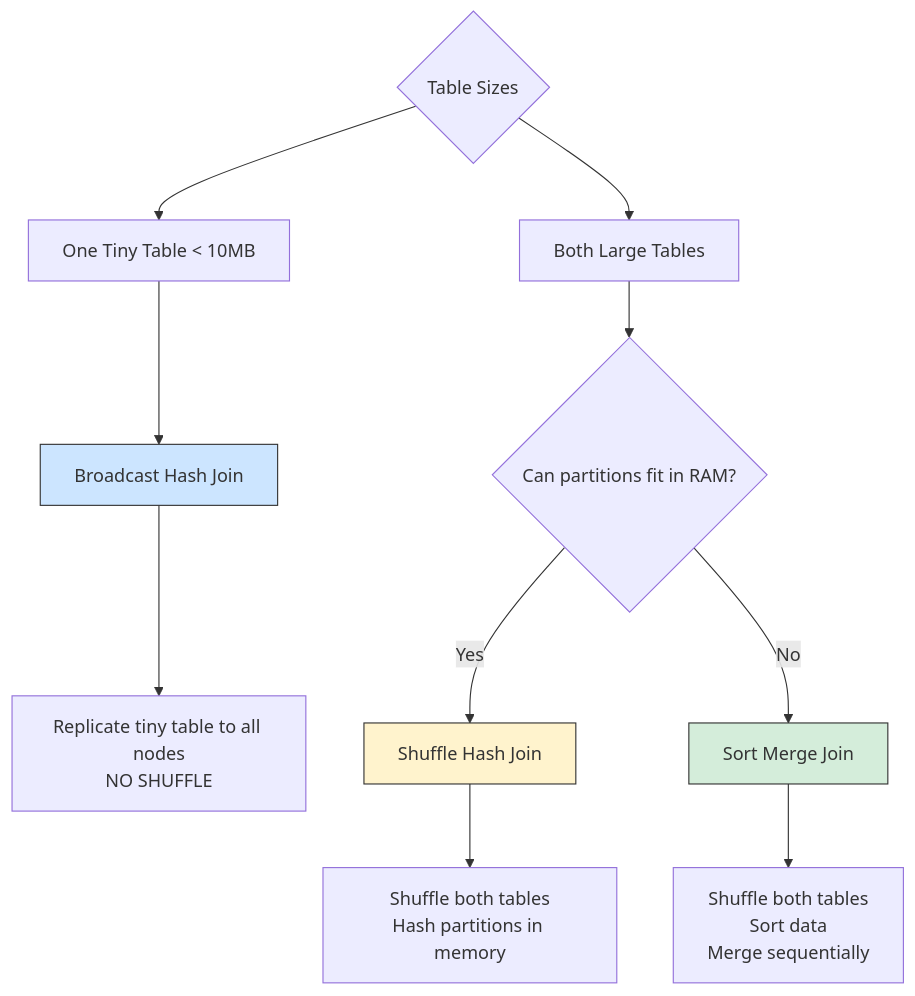
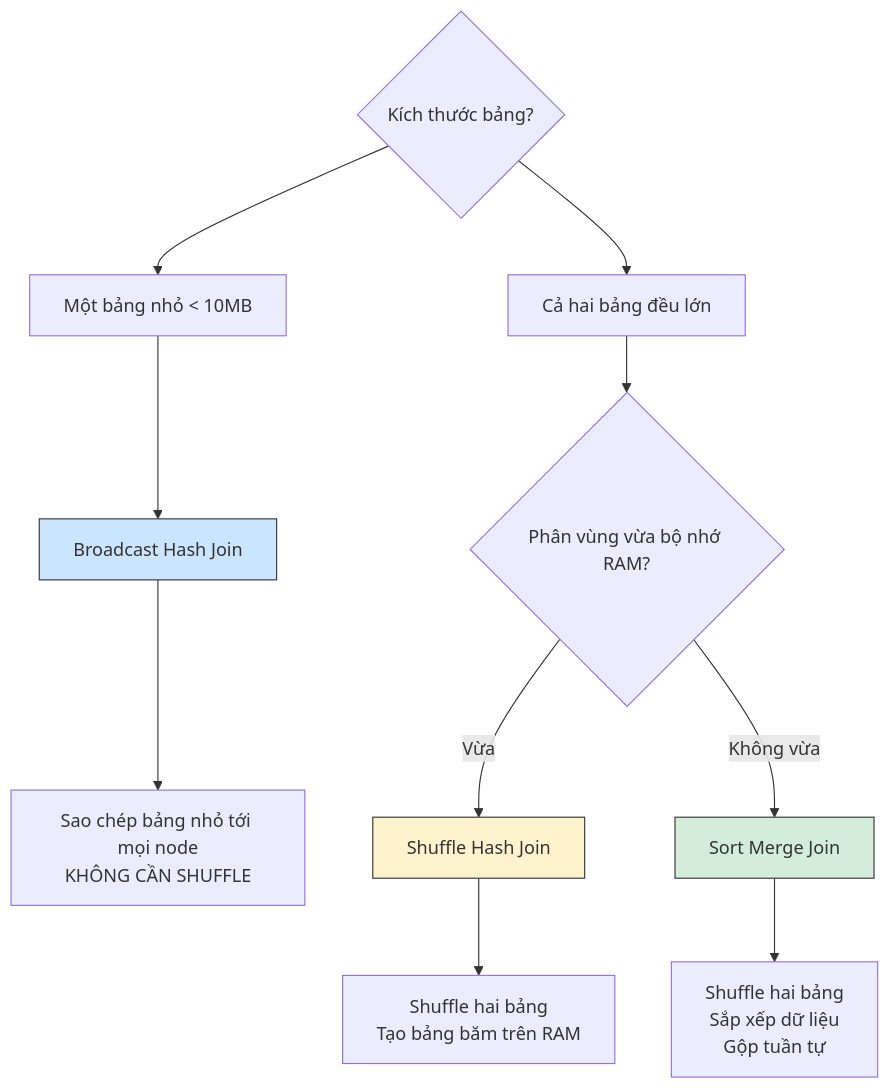
The diagram in src/content/docs/concepts/spark-joins.md (kythuatdulieu/kythuatdulieu.github.io), drawn with Mermaid before and after one commit. The commit also changed other lines of this file and 179 other files, not shown here.

Commit message:
fix: build error and mermaid theme

````diff
--- a/src/content/docs/concepts/spark-joins.md
+++ b/src/content/docs/concepts/spark-joins.md
@@ -32,19 +24,19 @@
 ```mermaid
 graph TD
-    A{Table Sizes} --> B[One Tiny Table < 10MB]
-    A --> C[Both Large Tables]
+    A{Kích thước bảng?} --> B[Một bảng nhỏ < 10MB]
+    A --> C[Cả hai bảng đều lớn]
     
     B --> D[Broadcast Hash Join]
-    D --> E[Replicate tiny table to all nodes\nNO SHUFFLE]
+    D --> E[Sao chép bảng nhỏ tới mọi node\nKHÔNG CẦN SHUFFLE]
     
-    C --> F{Can partitions fit in RAM?}
-    F -->|Yes| G[Shuffle Hash Join]
-    G --> H[Shuffle both tables\nHash partitions in memory]
+    C --> F{Phân vùng vừa bộ nhớ RAM?}
+    F -->|Vừa| G[Shuffle Hash Join]
+    G --> H[Shuffle hai bảng\nTạo bảng băm trên RAM]
     
-    F -->|No| I[Sort Merge Join]
-    I --> J[Shuffle both tables\nSort data\nMerge sequentially]
+    F -->|Không vừa| I[Sort Merge Join]
+    I --> J[Shuffle hai bảng\nSắp xếp dữ liệu\nGộp tuần tự]
     
     style D fill:#cce5ff,stroke:#333
     style G fill:#fff3cd,stroke:#333
     style I fill:#d4edda,stroke:#333
 ```
````
